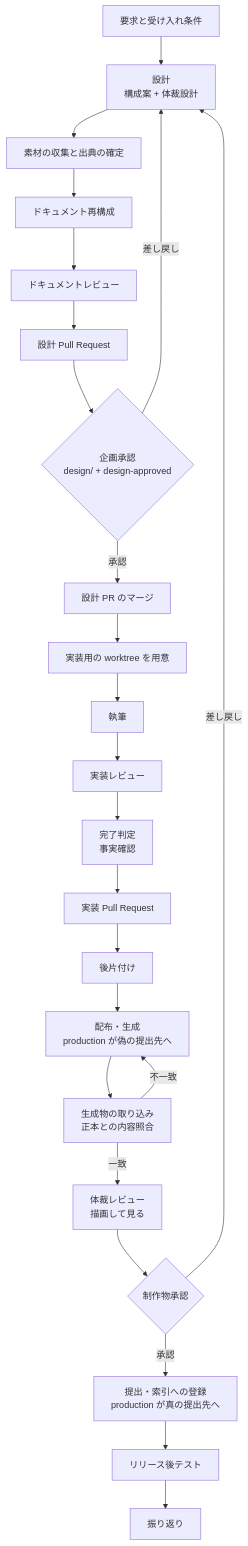
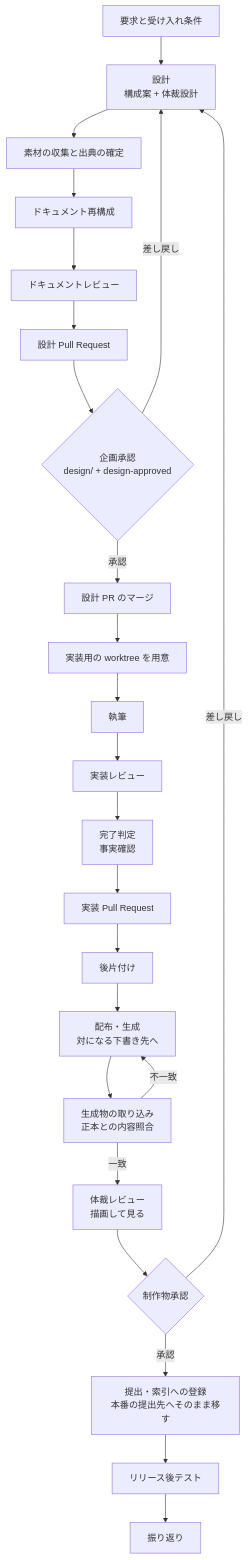
One commit to devbasex/ai-plugins changed the second of 2 diagrams in issues/milestone-10-design.md. Above: the diagram before and after it, drawn with Mermaid. The commit also changed other lines of this file and 1 other file, not shown here.

````diff
--- a/issues/milestone-10-design.md
+++ b/issues/milestone-10-design.md
@@ -205,26 +213,26 @@
 ```mermaid
 flowchart TD
     A[要求と受け入れ条件] --> B[設計<br/>構成案 + 体裁設計]
     B --> C[素材の収集と出典の確定]
     C --> D[ドキュメント再構成]
     D --> E[ドキュメントレビュー]
     E --> P1[設計 Pull Request]
     P1 --> Q{企画承認<br/>design/ + design-approved}
     Q -->|差し戻し| B
     Q -->|承認| R1[設計 PR のマージ]
     R1 --> W[実装用の worktree を用意]
     W --> F[執筆]
     F --> G[実装レビュー]
     G --> H[完了判定<br/>事実確認]
     H --> I[実装 Pull Request]
     I --> J[後片付け]
-    J --> K[配布・生成<br/>production が偽の提出先へ]
+    J --> K[配布・生成<br/>対になる下書き先へ]
     K --> K2[生成物の取り込み<br/>正本との内容照合]
     K2 -->|不一致| K
     K2 -->|一致| L[体裁レビュー<br/>描画して見る]
     L --> M{制作物承認}
     M -->|差し戻し| B
-    M -->|承認| N[提出・索引への登録<br/>production が真の提出先へ]
+    M -->|承認| N[提出・索引への登録<br/>本番の提出先へそのまま移す]
     N --> O[リリース後テスト]
     O --> V[振り返り]
 ```
````
